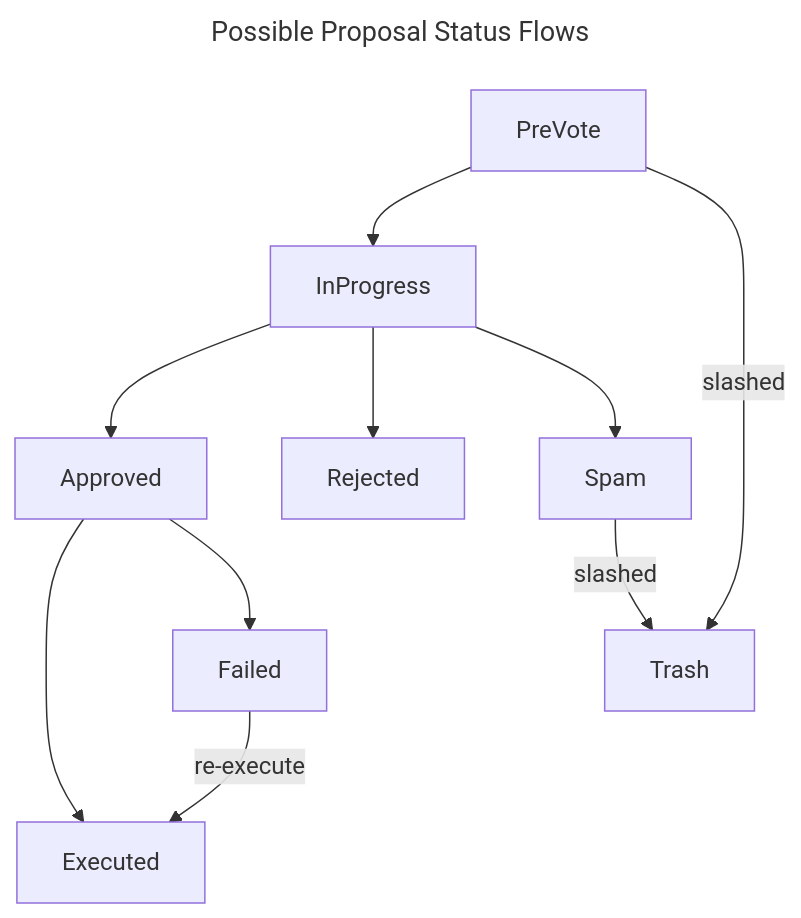
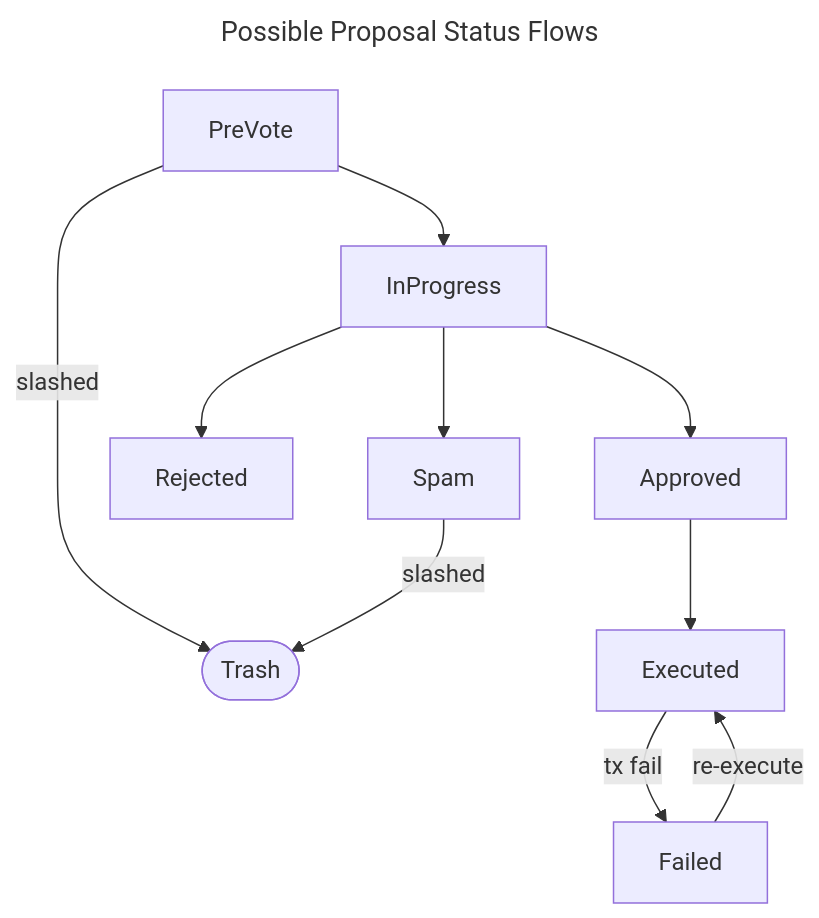
One commit to near-ndc/voting-v1 changed the second of 2 diagrams in voting_body/README.md. Above: the diagram before and after it, drawn with Mermaid. The commit also changed other lines of this file, not shown here.

````diff
--- a/voting_body/README.md
+++ b/voting_body/README.md
@@ -113,16 +119,17 @@
 ```mermaid
 ---
 title: Possible Proposal Status Flows
 ---
 flowchart TB
+    Trash([Trash])
     PreVote --> InProgress
     InProgress --> Approved
     InProgress --> Rejected
     InProgress --> Spam
     Approved --> Executed
-    Approved --> Failed
+    Executed -- tx fail --> Failed
     Failed -- re-execute --> Executed
 
     PreVote -- slashed --> Trash
     Spam -- slashed --> Trash
 ```
````
